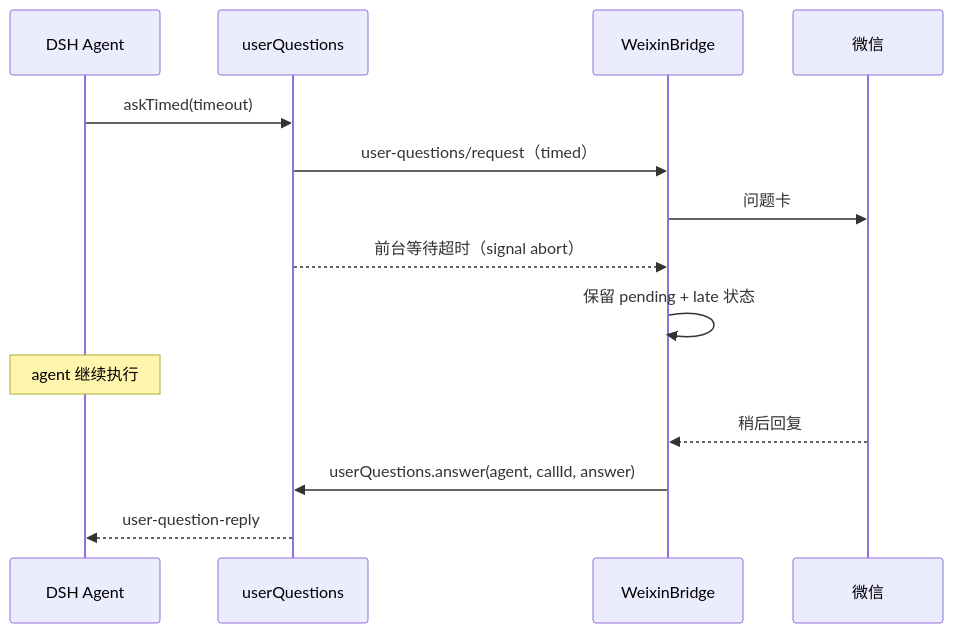
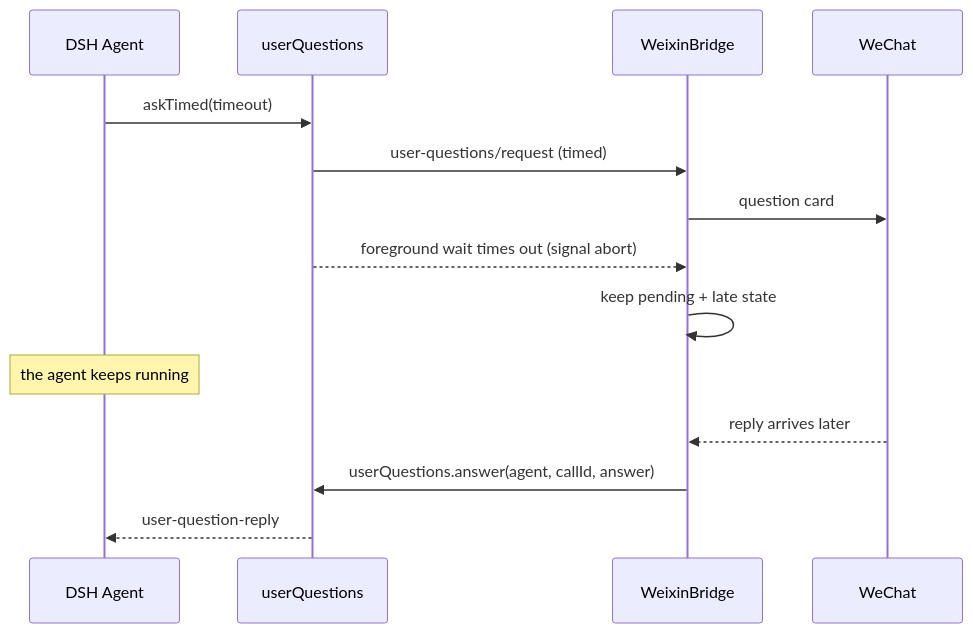
One commit to open2ai/dsh-gateway-mobile changed the eighth of 10 diagrams in docs/architecture-flow.md. Above: the diagram before and after it, drawn with Mermaid. The commit also changed other lines of this file and 85 other files, not shown here.

````diff
--- a/docs/architecture-flow.md
+++ b/docs/architecture-flow.md
@@ -313,17 +315,17 @@
 ```mermaid
 sequenceDiagram
   participant D as DSH Agent
   participant Q as userQuestions
   participant B as WeixinBridge
-  participant WX as 微信
+  participant WX as WeChat
 
   D->>Q: askTimed(timeout)
-  Q->>B: user-questions/request（timed）
-  B->>WX: 问题卡
-  Q-->>B: 前台等待超时（signal abort）
-  B->>B: 保留 pending + late 状态
-  Note over D: agent 继续执行
-  WX-->>B: 稍后回复
+  Q->>B: user-questions/request (timed)
+  B->>WX: question card
+  Q-->>B: foreground wait times out (signal abort)
+  B->>B: keep pending + late state
+  Note over D: the agent keeps running
+  WX-->>B: reply arrives later
   B->>Q: userQuestions.answer(agent, callId, answer)
   Q-->>D: user-question-reply
 ```
````
